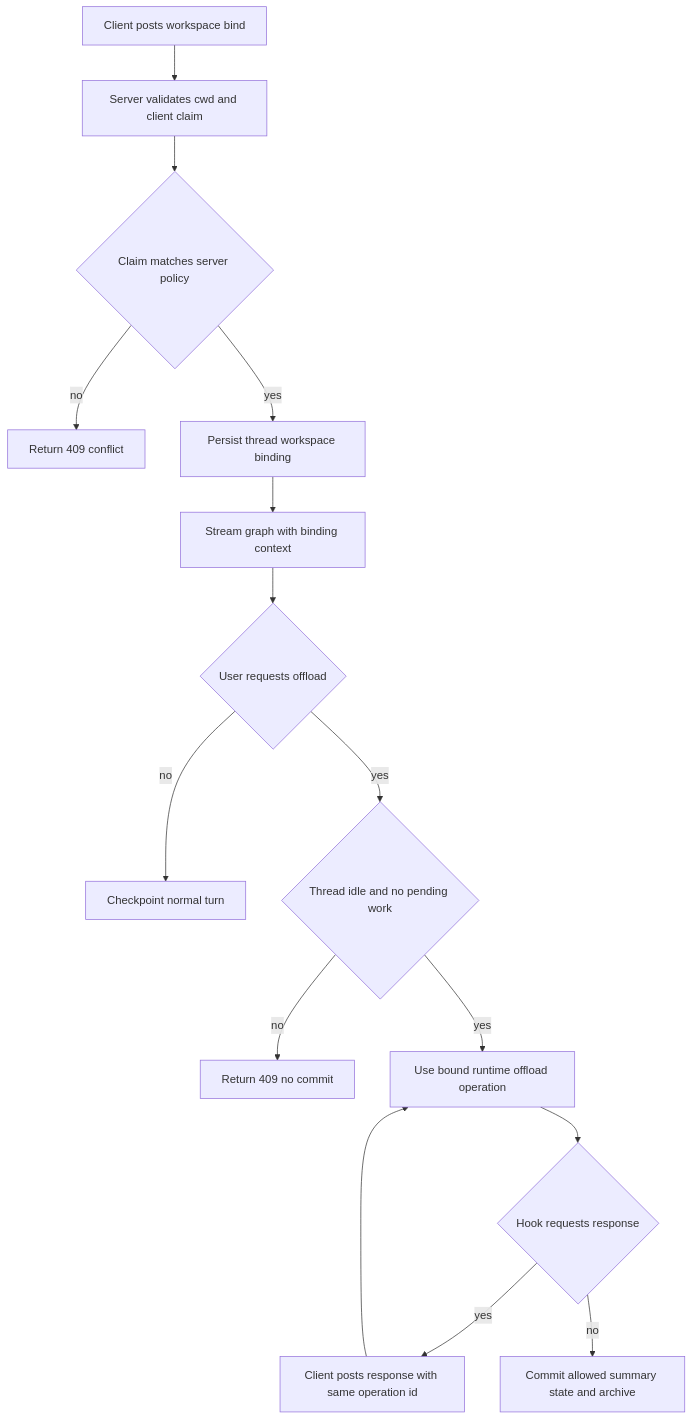
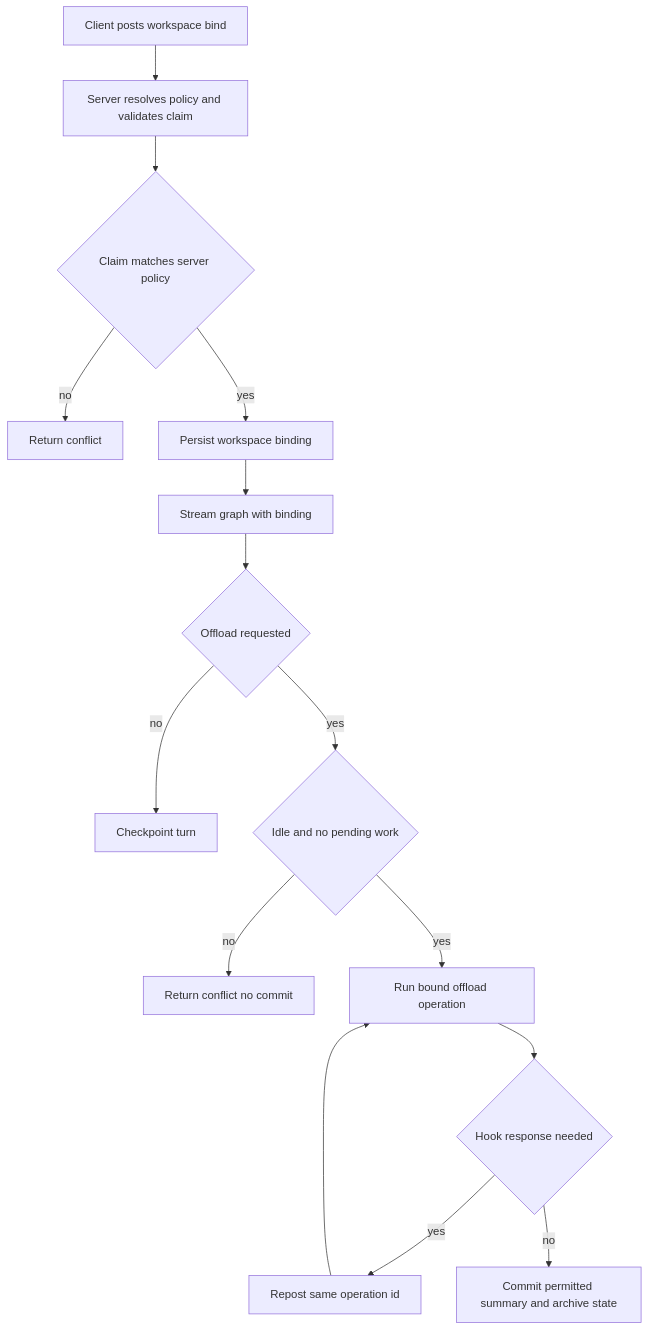
One commit to langchain-ai/deepagents changed the second of 2 diagrams in openwiki/workflows/run-dcode-session.md. Above: the diagram before and after it, drawn with Mermaid. The commit also changed other lines of this file and 63 other files, not shown here.

````diff
--- a/openwiki/workflows/run-dcode-session.md
+++ b/openwiki/workflows/run-dcode-session.md
@@ -128,17 +102,17 @@
 ```mermaid
 flowchart TD
-    Start["Client posts workspace bind"] --> Validate["Server validates cwd and client claim"]
-    Validate --> Claim{"Claim matches server policy"}
-    Claim -- no --> Bind409["Return 409 conflict"]
-    Claim -- yes --> Persist["Persist thread workspace binding"]
-    Persist --> Run["Stream graph with binding context"]
-    Run --> Offload{"User requests offload"}
-    Offload -- no --> Checkpoint["Checkpoint normal turn"]
-    Offload -- yes --> Idle{"Thread idle and no pending work"}
-    Idle -- no --> Offload409["Return 409 no commit"]
-    Idle -- yes --> Compact["Use bound runtime offload operation"]
-    Compact --> Hook{"Hook requests response"}
-    Hook -- yes --> Replay["Client posts response with same operation id"]
-    Replay --> Compact
-    Hook -- no --> Commit["Commit allowed summary state and archive"]
+    Begin["Client posts workspace bind"] --> Validate["Server resolves policy and validates claim"]
+    Validate --> Match{"Claim matches server policy"}
+    Match -- no --> Conflict["Return conflict"]
+    Match -- yes --> Persist["Persist workspace binding"]
+    Persist --> Stream["Stream graph with binding"]
+    Stream --> Choice{"Offload requested"}
+    Choice -- no --> Checkpoint["Checkpoint turn"]
+    Choice -- yes --> Idle{"Idle and no pending work"}
+    Idle -- no --> Reject["Return conflict no commit"]
+    Idle -- yes --> Execute["Run bound offload operation"]
+    Execute --> Hook{"Hook response needed"}
+    Hook -- yes --> Replay["Repost same operation id"]
+    Replay --> Execute
+    Hook -- no --> Commit["Commit permitted summary and archive state"]
 ```
````
